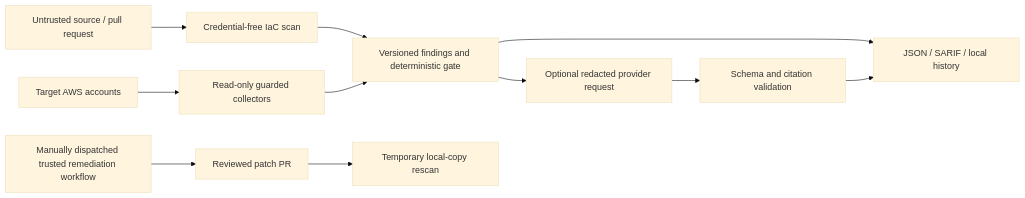
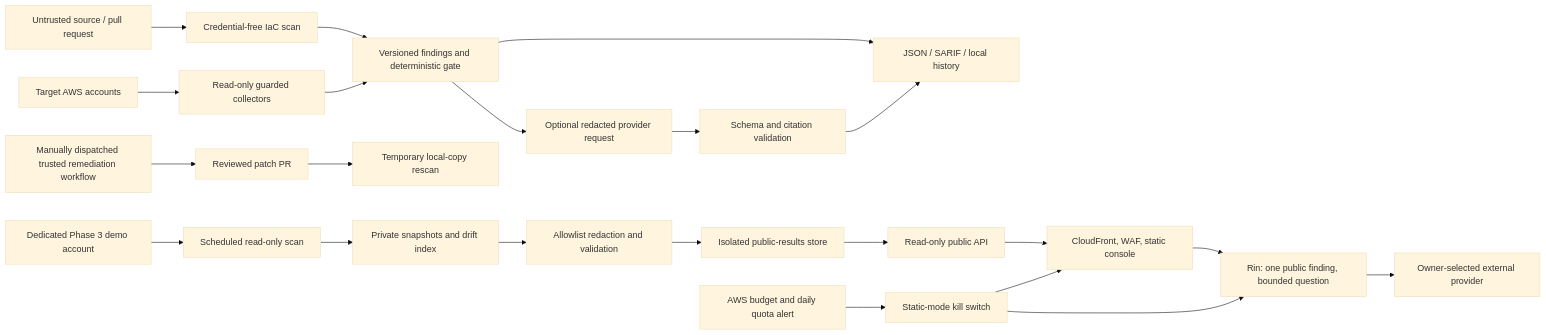
One commit to tdinh-dev-sec-scientist/account-access-auditor changed the diagram in docs/threat-model.md. Above: the diagram before and after it, drawn with Mermaid (base theme). The commit also changed other lines of this file and 84 other files, not shown here.

Commit message:
feat: implement Phase 3 live demo

````diff
--- a/docs/threat-model.md
+++ b/docs/threat-model.md
@@ -12,13 +13,24 @@
 ```mermaid
 flowchart LR
   PR[Untrusted source / pull request] --> CI[Credential-free IaC scan]
   CI --> Contract[Versioned findings and deterministic gate]
   AWS[Target AWS accounts] --> RO[Read-only guarded collectors]
   RO --> Contract
   Contract --> Reports[JSON / SARIF / local history]
   Contract --> AI[Optional redacted provider request]
   AI --> Check[Schema and citation validation]
   Check --> Reports
   Trusted[Manually dispatched trusted remediation workflow] --> PRDraft[Reviewed patch PR]
   PRDraft --> Local[Temporary local-copy rescan]
+  Demo[Dedicated Phase 3 demo account] --> Scan[Scheduled read-only scan]
+  Scan --> Private[Private snapshots and drift index]
+  Private --> Publisher[Allowlist redaction and validation]
+  Publisher --> Public[Isolated public-results store]
+  Public --> API[Read-only public API]
+  API --> Web[CloudFront, WAF, static console]
+  Web --> Rin[Rin: one public finding, bounded question]
+  Rin --> Provider[Owner-selected external provider]
+  Budget[AWS budget and daily quota alert] --> Kill[Static-mode kill switch]
+  Kill --> Rin
+  Kill --> Web
 ```
````
